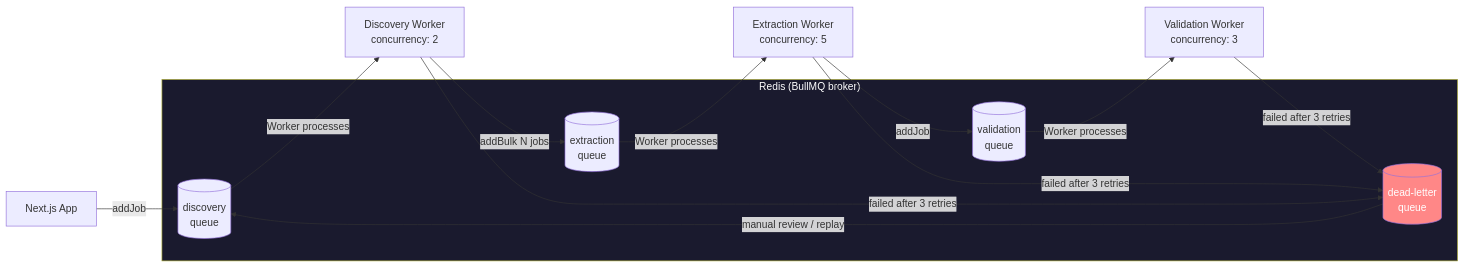
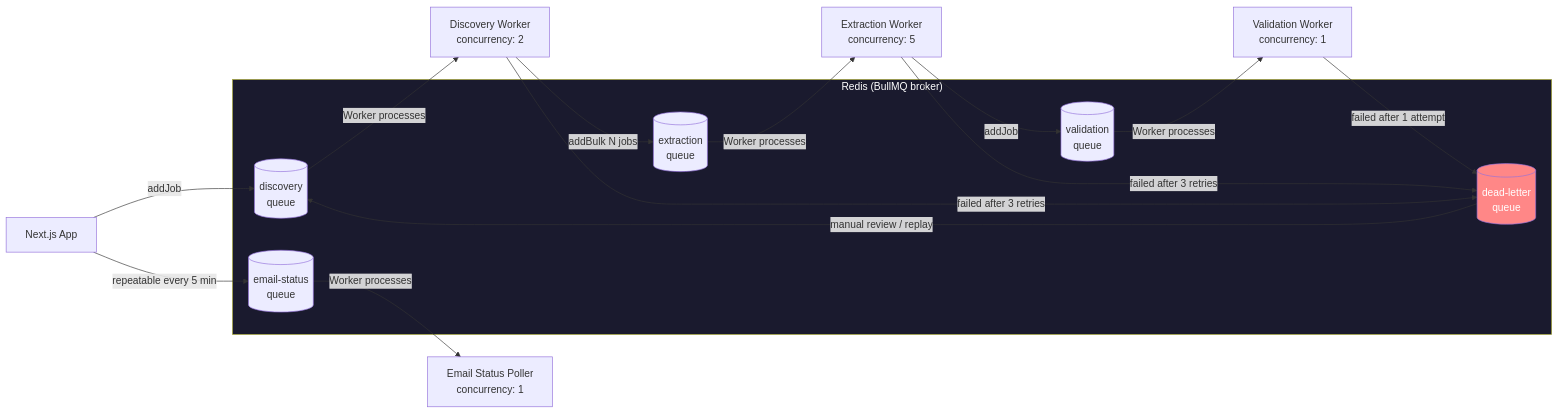
The second of 4 diagrams in docs/ARCHITECTURE.md (IBM07/Marketing_Agent), drawn with Mermaid before and after one commit. The commit also changed other lines of this file and 18 other files, not shown here.

First line of the commit message:
chore(release): open-source launch hardening & email poller architecture

````diff
--- a/docs/ARCHITECTURE.md
+++ b/docs/ARCHITECTURE.md
@@ -96,25 +99,29 @@
 ```mermaid
 flowchart LR
     subgraph Redis["Redis (BullMQ broker)"]
         DQ[(discovery\nqueue)]
         EQ[(extraction\nqueue)]
         VQ[(validation\nqueue)]
+        ESQ[(email-status\nqueue)]
         DLQ[(dead-letter\nqueue)]
     end
 
     App[Next.js App] -- addJob --> DQ
     DQ -- Worker processes --> DW[Discovery Worker\nconcurrency: 2]
     DW -- addBulk N jobs --> EQ
     EQ -- Worker processes --> EW[Extraction Worker\nconcurrency: 5]
     EW -- addJob --> VQ
-    VQ -- Worker processes --> VW[Validation Worker\nconcurrency: 3]
+    VQ -- Worker processes --> VW[Validation Worker\nconcurrency: 1]
+
+    App -- repeatable every 5 min --> ESQ
+    ESQ -- Worker processes --> ESW[Email Status Poller\nconcurrency: 1]
 
     DW -- failed after 3 retries --> DLQ
     EW -- failed after 3 retries --> DLQ
-    VW -- failed after 3 retries --> DLQ
+    VW -- failed after 1 attempt --> DLQ
 
     DLQ -- manual review / replay --> DQ
 
     style DLQ fill:#ff8787,color:#fff
     style Redis fill:#1a1a2e,color:#fff
 ```
````
